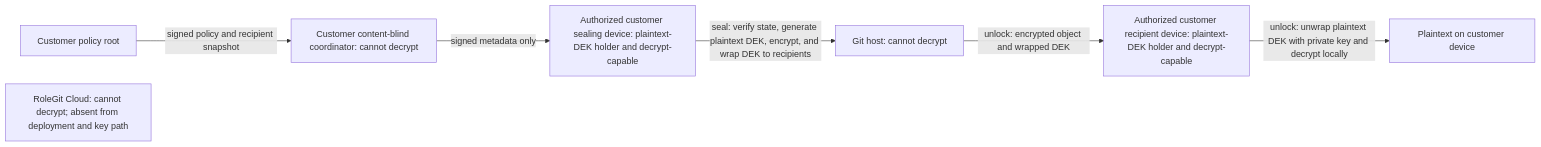
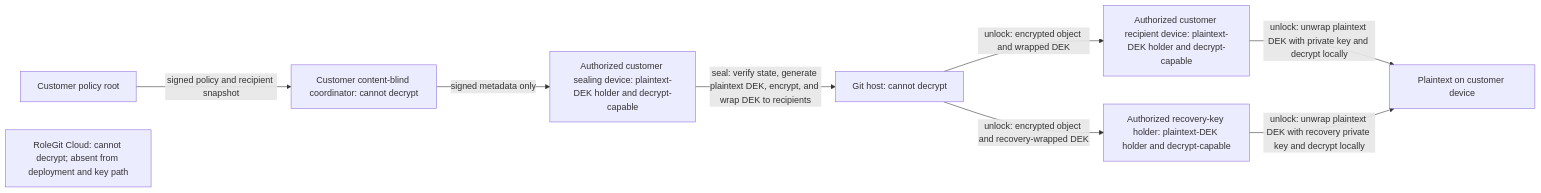
One commit to cosentinode/rolegit changed the fourth of 6 diagrams in docs/adr/0001-product-modes-and-trust-boundaries.md. Above: the diagram before and after it, drawn with Mermaid. The commit also changed other lines of this file and 1 other file, not shown here.

Commit message:
docs: clarify decrypt-capable actors

````diff
--- a/docs/adr/0001-product-modes-and-trust-boundaries.md
+++ b/docs/adr/0001-product-modes-and-trust-boundaries.md
@@ -201,9 +208,11 @@
 ```mermaid
 flowchart LR
     R[Customer policy root] -->|signed policy and recipient snapshot| C[Customer content-blind coordinator: cannot decrypt]
     C -->|signed metadata only| S[Authorized customer sealing device: plaintext-DEK holder and decrypt-capable]
     S -->|seal: verify state, generate plaintext DEK, encrypt, and wrap DEK to recipients| G[Git host: cannot decrypt]
     G -->|unlock: encrypted object and wrapped DEK| D[Authorized customer recipient device: plaintext-DEK holder and decrypt-capable]
     D -->|unlock: unwrap plaintext DEK with private key and decrypt locally| P[Plaintext on customer device]
+    G -->|unlock: encrypted object and recovery-wrapped DEK| H[Authorized recovery-key holder: plaintext-DEK holder and decrypt-capable]
+    H -->|unlock: unwrap plaintext DEK with recovery private key and decrypt locally| P
     L[RoleGit Cloud: cannot decrypt; absent from deployment and key path]
 ```
````
